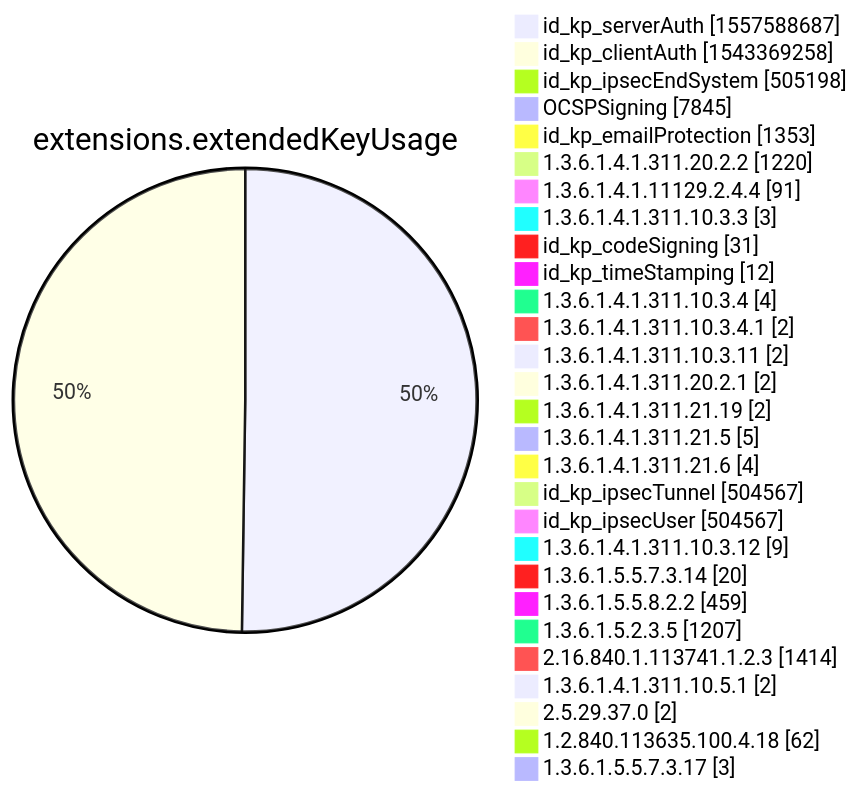
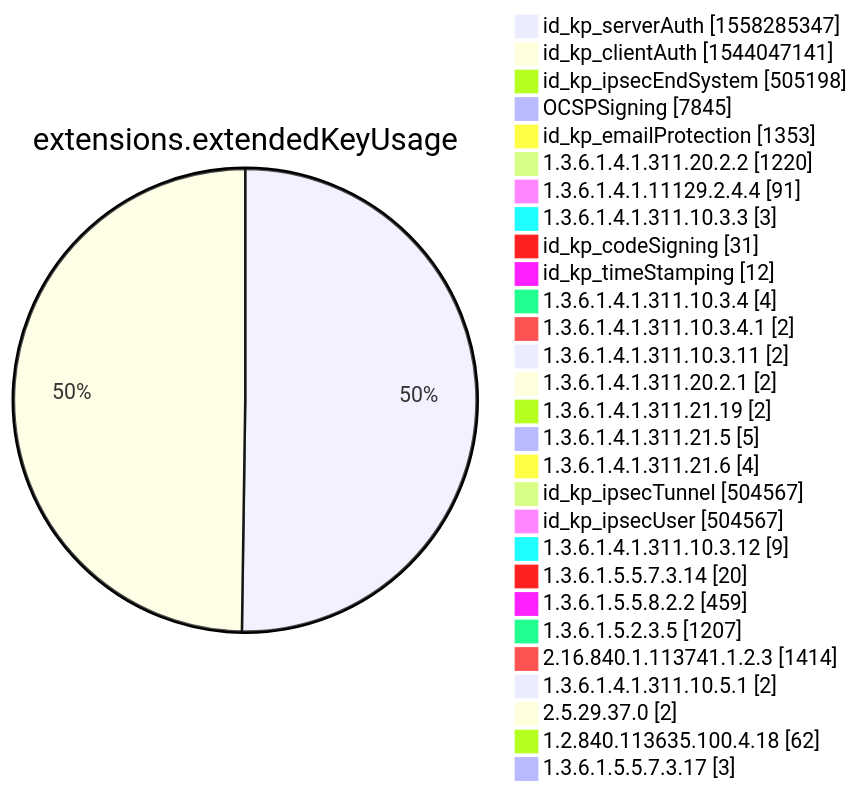
One commit to christiankrug/ctmonitor_visualization changed diagram 12 of 15 in xenon2022/README.md. Above: the diagram before and after it, drawn with Mermaid. The commit also changed other lines of this file, not shown here.

````diff
--- a/xenon2022/README.md
+++ b/xenon2022/README.md
@@ -3882,32 +3882,32 @@
 ```mermaid
 pie showData
 title extensions.extendedKeyUsage
-"id_kp_serverAuth" :1557588687
-"id_kp_clientAuth" :1543369258
+"id_kp_serverAuth" :1558285347
+"id_kp_clientAuth" :1544047141
 "id_kp_ipsecEndSystem" :505198
 "OCSPSigning" :7845
 "id_kp_emailProtection" :1353
 "1.3.6.1.4.1.311.20.2.2" :1220
 "1.3.6.1.4.1.11129.2.4.4" :91
 "1.3.6.1.4.1.311.10.3.3" :3
 "id_kp_codeSigning" :31
 "id_kp_timeStamping" :12
 "1.3.6.1.4.1.311.10.3.4" :4
 "1.3.6.1.4.1.311.10.3.4.1" :2
 "1.3.6.1.4.1.311.10.3.11" :2
 "1.3.6.1.4.1.311.20.2.1" :2
 "1.3.6.1.4.1.311.21.19" :2
 "1.3.6.1.4.1.311.21.5" :5
 "1.3.6.1.4.1.311.21.6" :4
 "id_kp_ipsecTunnel" :504567
 "id_kp_ipsecUser" :504567
 "1.3.6.1.4.1.311.10.3.12" :9
 "1.3.6.1.5.5.7.3.14" :20
 "1.3.6.1.5.5.8.2.2" :459
 "1.3.6.1.5.2.3.5" :1207
 "2.16.840.1.113741.1.2.3" :1414
 "1.3.6.1.4.1.311.10.5.1" :2
 "2.5.29.37.0" :2
 "1.2.840.113635.100.4.18" :62
 "1.3.6.1.5.5.7.3.17" :3
 ```
````
